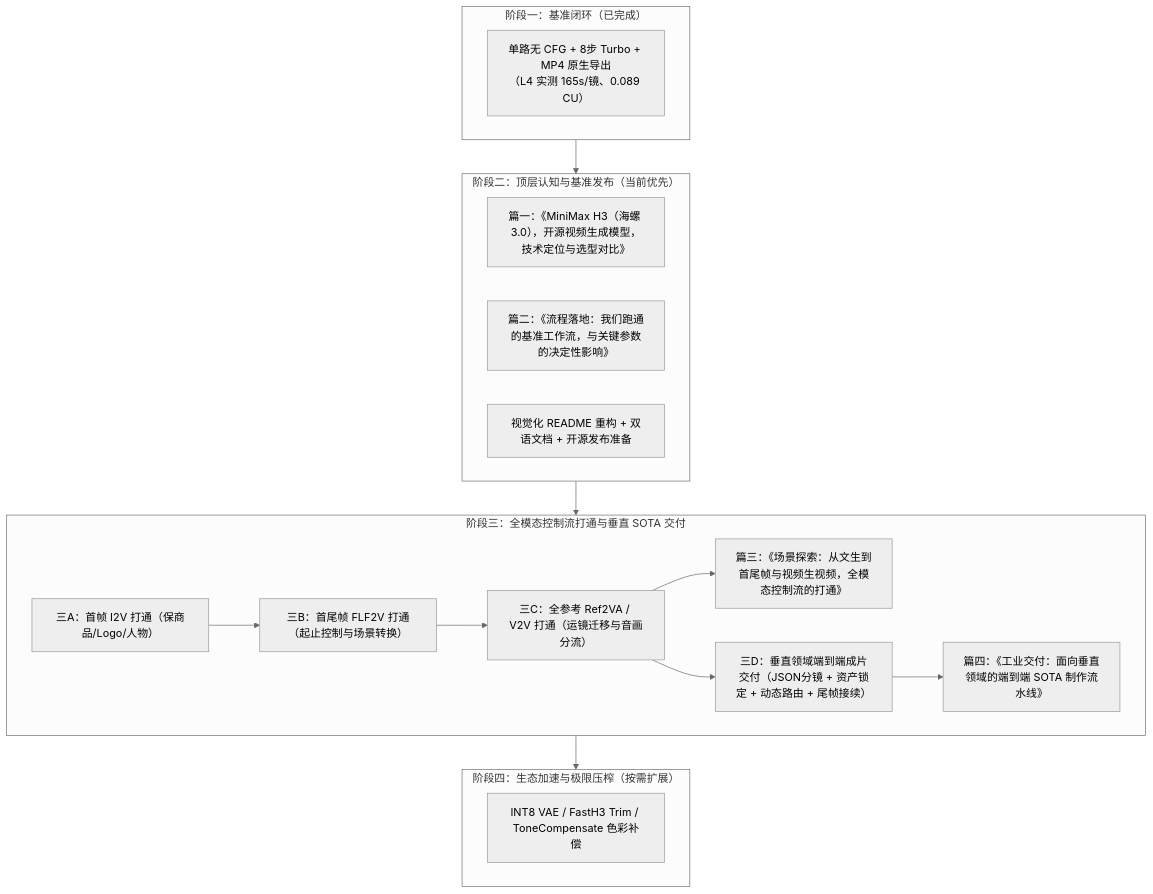
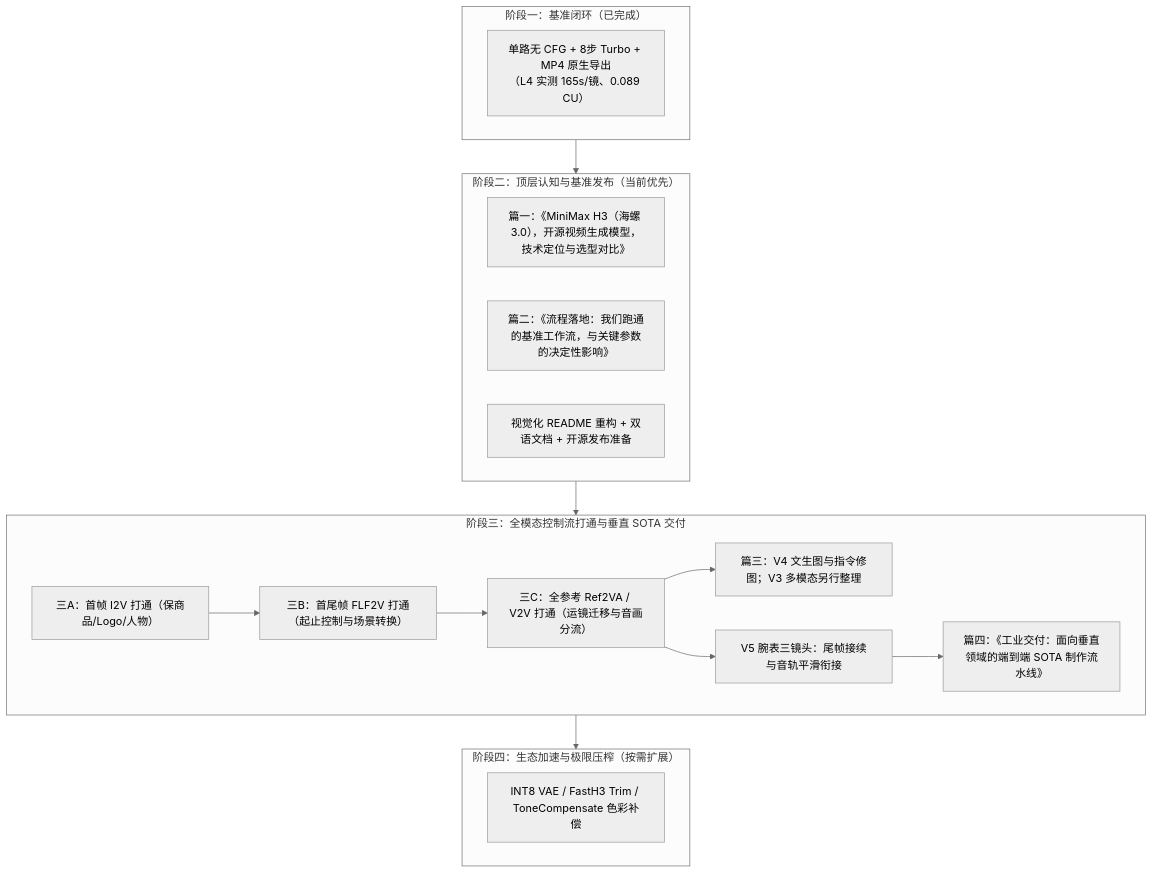
Before and after one commit to kuhung/minimax-h3-colab-workflow: the diagram in docs/ROADMAP.md, drawn with Mermaid (neutral theme). The commit also changed other lines of this file and 25 other files, not shown here.

````diff
--- a/docs/ROADMAP.md
+++ b/docs/ROADMAP.md
@@ -9,31 +9,31 @@
 ```mermaid
 flowchart TD
     subgraph Phase1["阶段一：基准闭环（已完成）"]
         P1["单路无 CFG + 8步 Turbo + MP4 原生导出<br/>（L4 实测 165s/镜、0.089 CU）"]
     end
 
     subgraph Phase2["阶段二：顶层认知与基准发布（当前优先）"]
         D1["篇一：《MiniMax H3（海螺 3.0），开源视频生成模型，技术定位与选型对比》"]
         D2["篇二：《流程落地：我们跑通的基准工作流，与关键参数的决定性影响》"]
         R2["视觉化 README 重构 + 双语文档 + 开源发布准备"]
     end
 
     subgraph Phase3["阶段三：全模态控制流打通与垂直 SOTA 交付"]
         S3A["三A：首帧 I2V 打通（保商品/Logo/人物）"]
         S3B["三B：首尾帧 FLF2V 打通（起止控制与场景转换）"]
         S3C["三C：全参考 Ref2VA / V2V 打通（运镜迁移与音画分流）"]
-        D3["篇三：《场景探索：从文生到首尾帧与视频生视频，全模态控制流的打通》"]
-        S3D["三D：垂直领域端到端成片交付（JSON分镜 + 资产锁定 + 动态路由 + 尾帧接续）"]
+        D3["篇三：V4 文生图与指令修图；V3 多模态另行整理"]
+        S3D["V5 腕表三镜头：尾帧接续与音轨平滑衔接"]
         D4["篇四：《工业交付：面向垂直领域的端到端 SOTA 制作流水线》"]
     end
 
     subgraph Phase4["阶段四：生态加速与极限压榨（按需扩展）"]
         P4["INT8 VAE / FastH3 Trim / ToneCompensate 色彩补偿"]
     end
 
     Phase1 --> Phase2
     Phase2 --> Phase3
     Phase3 --> Phase4
     S3A --> S3B --> S3C --> D3
     S3C --> S3D --> D4
 ```
````
